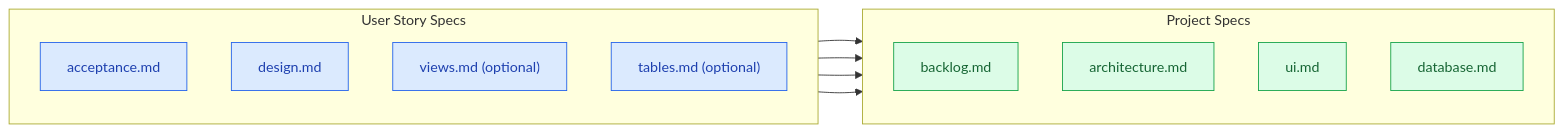
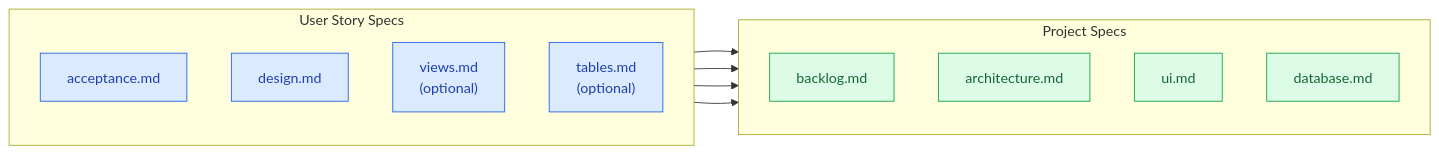
The ninth of 9 diagrams in README.md (mtov/AgileSpec), drawn with Mermaid before and after one commit. The commit also changed other lines of this file, not shown here.

Commit message:
docs: improve optional document labels in diagrams

````diff
--- a/README.md
+++ b/README.md
@@ -441,29 +441,29 @@
 ```mermaid
 flowchart LR
     subgraph S["User Story Specs"]
         direction TB
         S0["acceptance.md"]
         S1["design.md"]
-        S2["views.md (optional)"]
-        S3["tables.md (optional)"]
+        S2["views.md<br/>(optional)"]
+        S3["tables.md<br/>(optional)"]
     end
 
     subgraph P["Project Specs"]
         direction TB
         P0["backlog.md"]
         P1["architecture.md"]
         P2["ui.md"]
         P3["database.md"]
     end
 
     S0 --> P0
     S1 --> P1
     S2 --> P2
     S3 --> P3
 
     classDef story fill:#dbeafe,stroke:#2563eb,color:#1e40af
     classDef project fill:#dcfce7,stroke:#16a34a,color:#166534
 
     class S0,S1,S2,S3 story
     class P0,P1,P2,P3 project
 ```
````
